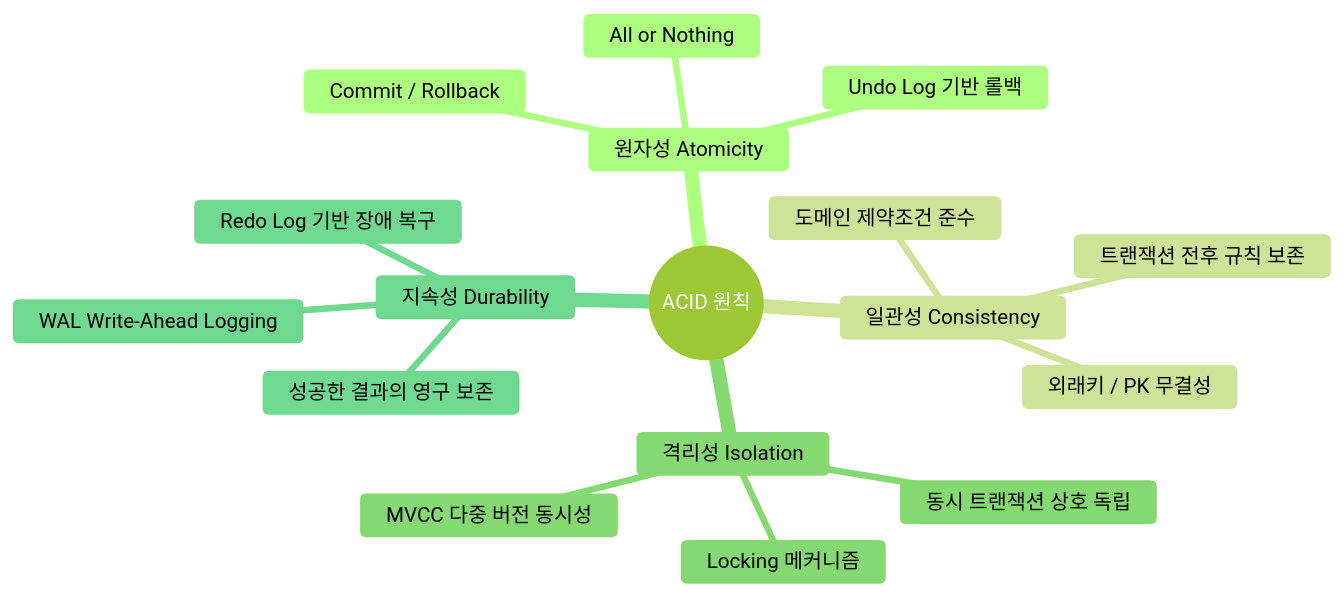
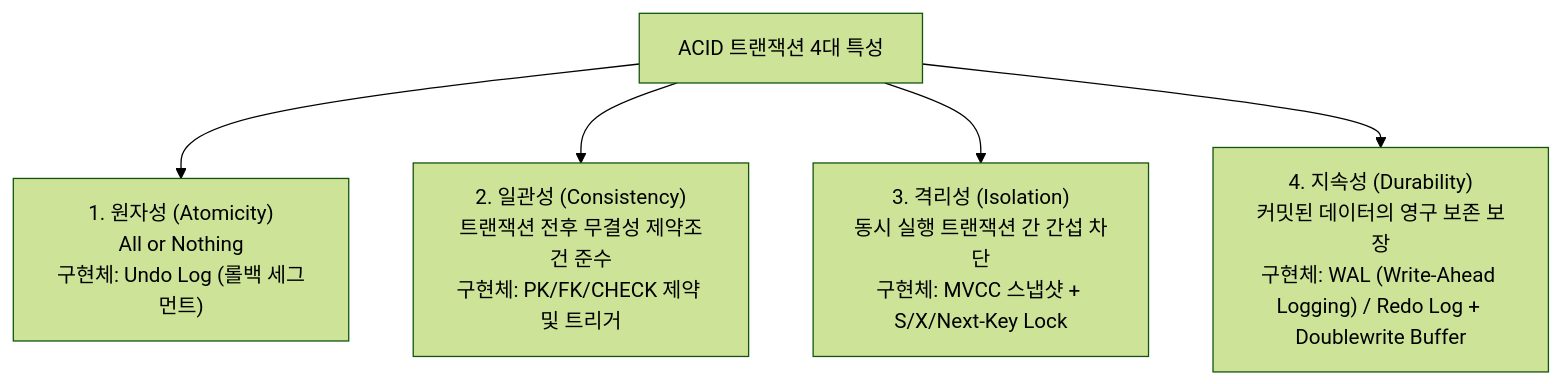
Before and after one commit to keimania/tech-notes: diagram 14 of 37 in 07_데이터베이스_기술.md, drawn with Mermaid (forest theme). The commit also changed other lines of this file and 12 other files, not shown here.

````diff
--- a/07_데이터베이스_기술.md
+++ b/07_데이터베이스_기술.md
@@ -428,20 +651,9 @@
 ```mermaid
-mindmap
-  root((ACID 원칙))
-    원자성 Atomicity
-      All or Nothing
-      Undo Log 기반 롤백
-      Commit / Rollback
-    일관성 Consistency
-      도메인 제약조건 준수
-      외래키 / PK 무결성
-      트랜잭션 전후 규칙 보존
-    격리성 Isolation
-      동시 트랜잭션 상호 독립
-      Locking 메커니즘
-      MVCC 다중 버전 동시성
-    지속성 Durability
-      성공한 결과의 영구 보존
-      WAL Write-Ahead Logging
-      Redo Log 기반 장애 복구
+flowchart TD
+    ACID["ACID 트랜잭션 4대 특성"]
+    
+    ACID --> A["1. 원자성 (Atomicity)<br/>All or Nothing<br/>구현체: Undo Log (롤백 세그먼트)"]
+    ACID --> C["2. 일관성 (Consistency)<br/>트랜잭션 전후 무결성 제약조건 준수<br/>구현체: PK/FK/CHECK 제약 및 트리거"]
+    ACID --> I["3. 격리성 (Isolation)<br/>동시 실행 트랜잭션 간 간섭 차단<br/>구현체: MVCC 스냅샷 + S/X/Next-Key Lock"]
+    ACID --> D["4. 지속성 (Durability)<br/>커밋된 데이터의 영구 보존 보장<br/>구현체: WAL (Write-Ahead Logging) / Redo Log + Doublewrite Buffer"]
 ```
````
